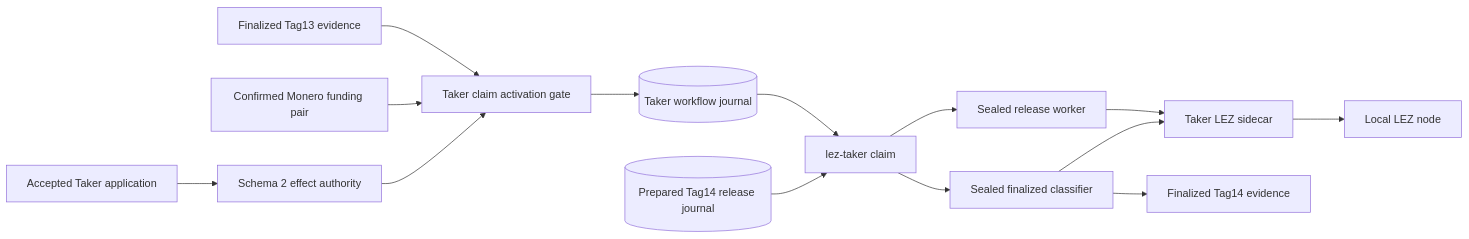
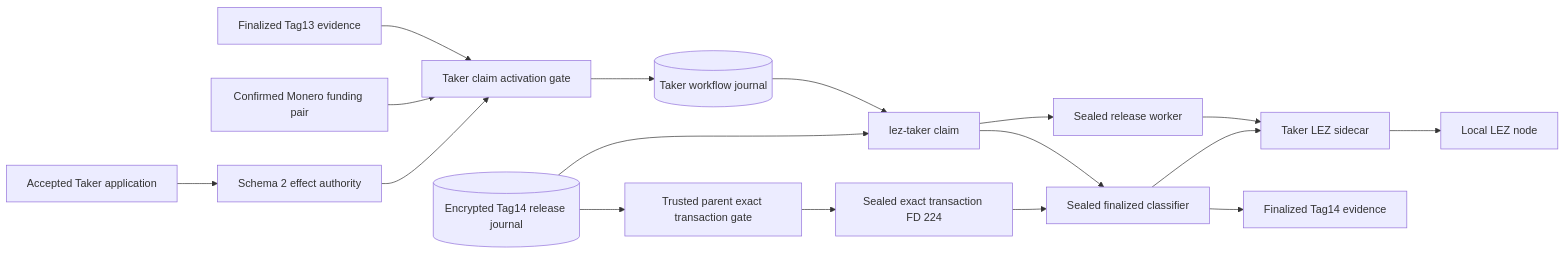
The first of 2 diagrams in docs/architecture/0173-activate-and-observe-taker-tag14-from-receipt-v2.md (gateway-fm/lez-atomic-swaps), drawn with Mermaid before and after one commit. The commit also changed other lines of this file and 8 other files, not shown here.

Commit message:
fix(m7): observe exact owner tag14 transaction

````diff
--- a/docs/architecture/0173-activate-and-observe-taker-tag14-from-receipt-v2.md
+++ b/docs/architecture/0173-activate-and-observe-taker-tag14-from-receipt-v2.md
@@ -35,16 +39,19 @@
 ```mermaid
 flowchart LR
     Tag13[Finalized Tag13 evidence] --> Gate[Taker claim activation gate]
     Monero[Confirmed Monero funding pair] --> Gate
     Receipt[Accepted Taker application] --> Authority[Schema 2 effect authority]
     Authority --> Gate
     Gate --> Workflow[(Taker workflow journal)]
     Workflow --> CLI[lez-taker claim]
-    Journal[(Prepared Tag14 release journal)] --> CLI
+    Journal[(Encrypted Tag14 release journal)] --> CLI
     CLI --> Worker[Sealed release worker]
     Worker --> Sidecar[Taker LEZ sidecar]
     Sidecar --> LEZ[Local LEZ node]
+    Journal --> Parent[Trusted parent exact transaction gate]
+    Parent --> FD[Sealed exact transaction FD 224]
+    FD --> Observer
     CLI --> Observer[Sealed finalized classifier]
     Observer --> Sidecar
     Observer --> Evidence[Finalized Tag14 evidence]
 ```
````
